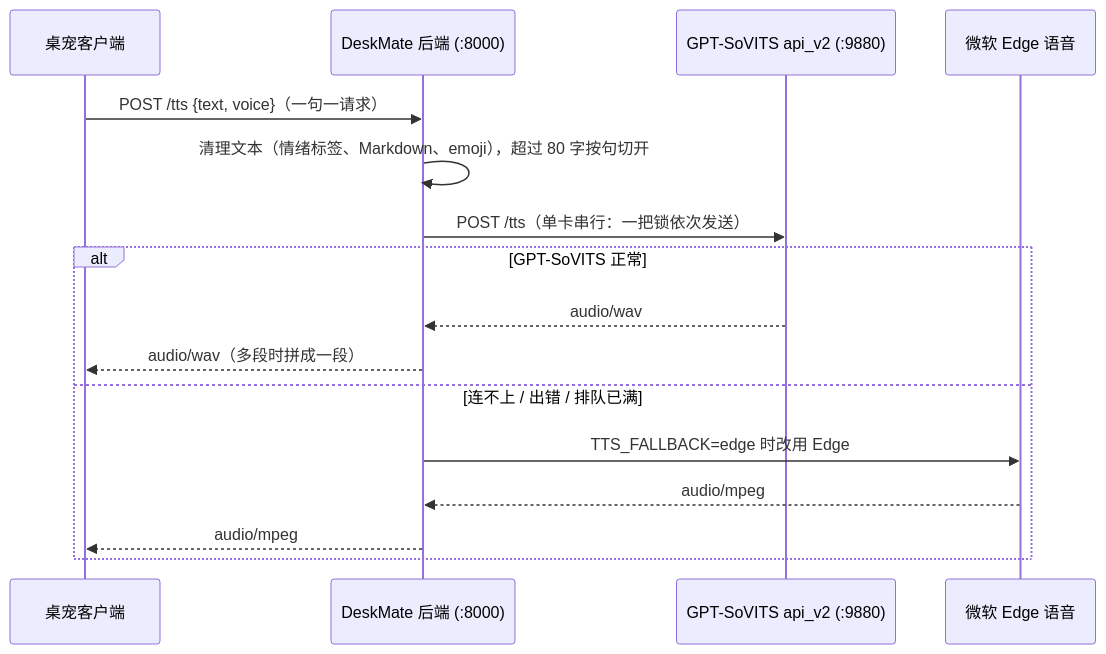
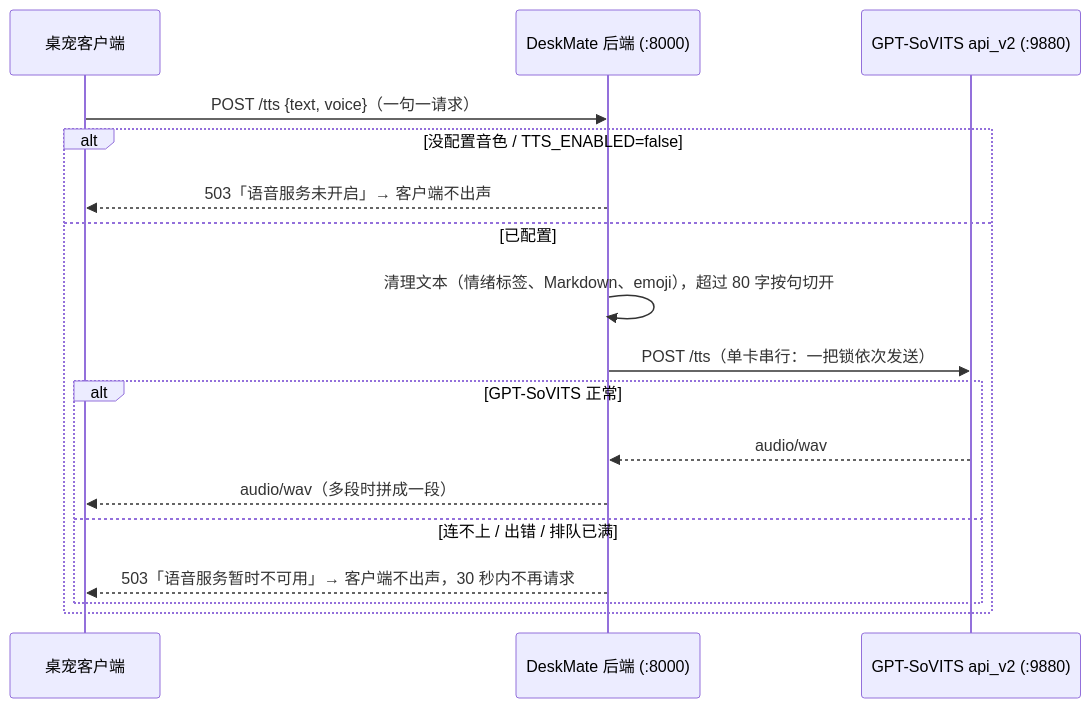
One commit to Mkerry12/DeepSeek-BoardMate changed the diagram in doc/gpt-sovits.md. Above: the diagram before and after it, drawn with Mermaid. The commit also changed other lines of this file and 39 other files, not shown here.

First line of the commit message:
feat: 朗读只用 GPT-SoVITS，删除 Edge 语音和系统语音兜底 (#26)

````diff
--- a/doc/gpt-sovits.md
+++ b/doc/gpt-sovits.md
@@ -18,18 +20,19 @@
 ```mermaid
 sequenceDiagram
     participant C as 桌宠客户端
     participant S as DeskMate 后端 (:8000)
     participant G as GPT-SoVITS api_v2 (:9880)
-    participant E as 微软 Edge 语音
     C->>S: POST /tts {text, voice}（一句一请求）
-    S->>S: 清理文本（情绪标签、Markdown、emoji），超过 80 字按句切开
-    S->>G: POST /tts（单卡串行：一把锁依次发送）
-    alt GPT-SoVITS 正常
-        G-->>S: audio/wav
-        S-->>C: audio/wav（多段时拼成一段）
-    else 连不上 / 出错 / 排队已满
-        S->>E: TTS_FALLBACK=edge 时改用 Edge
-        E-->>S: audio/mpeg
-        S-->>C: audio/mpeg
+    alt 没配置音色 / TTS_ENABLED=false
+        S-->>C: 503「语音服务未开启」→ 客户端不出声
+    else 已配置
+        S->>S: 清理文本（情绪标签、Markdown、emoji），超过 80 字按句切开
+        S->>G: POST /tts（单卡串行：一把锁依次发送）
+        alt GPT-SoVITS 正常
+            G-->>S: audio/wav
+            S-->>C: audio/wav（多段时拼成一段）
+        else 连不上 / 出错 / 排队已满
+            S-->>C: 503「语音服务暂时不可用」→ 客户端不出声，30 秒内不再请求
+        end
     end
 ```
````
